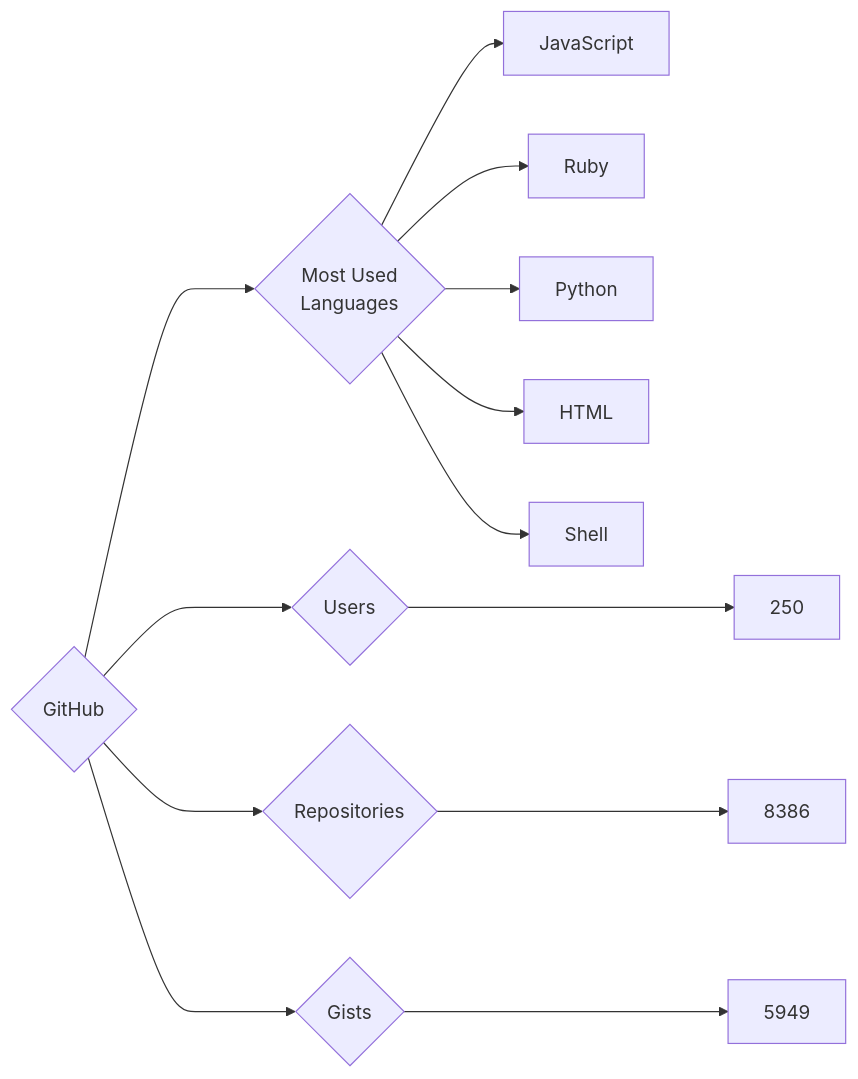
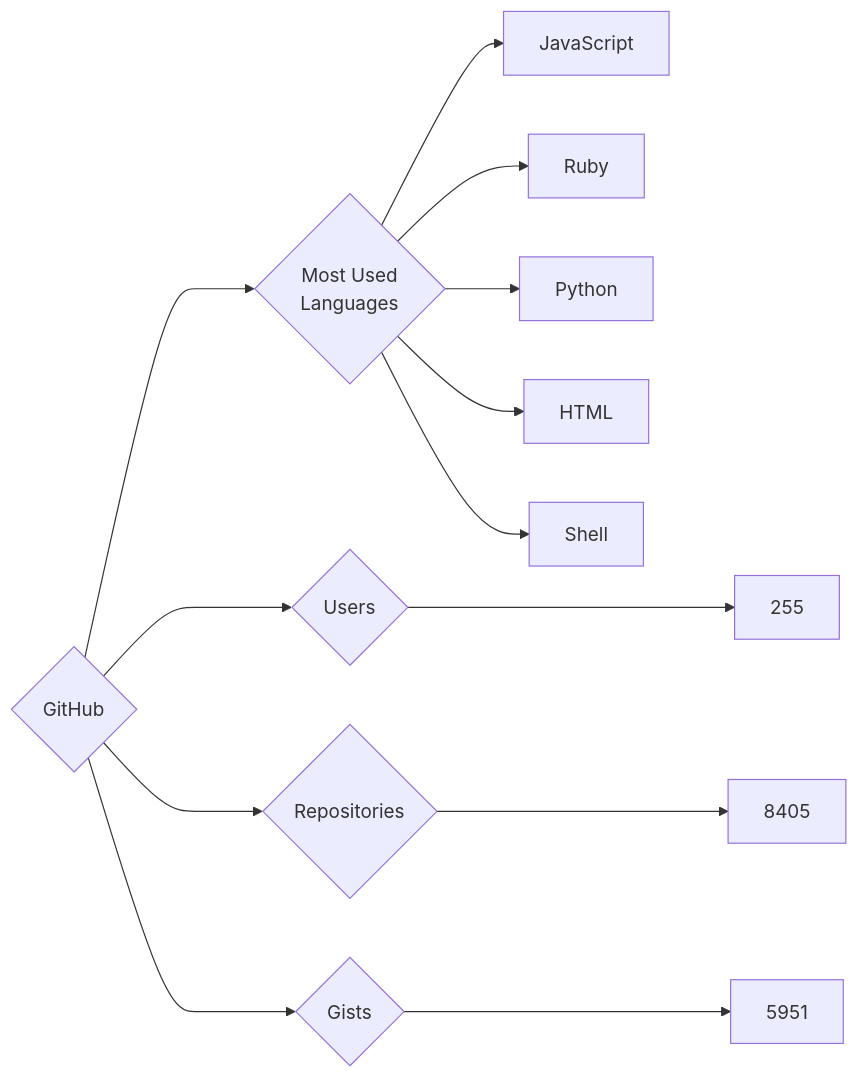
One commit to trickest/insiders changed the diagram in targets/GitHub/README.md. Above: the diagram before and after it, drawn with Mermaid. The commit also changed 720 other files, not shown here.

````diff
--- a/targets/GitHub/README.md
+++ b/targets/GitHub/README.md
@@ -3,13 +3,13 @@
 ```mermaid
 graph LR
 COMPANY_NAME{GitHub}
-COMPANY_NAME ---> U{Users} ---> UN[250]
-COMPANY_NAME ---> R{Repositories} ---> RN[8386]
-COMPANY_NAME ---> G{Gists} ---> GN[5949]
+COMPANY_NAME ---> U{Users} ---> UN[255]
+COMPANY_NAME ---> R{Repositories} ---> RN[8405]
+COMPANY_NAME ---> G{Gists} ---> GN[5951]
 COMPANY_NAME ---> ML{Most Used<br>Languages}
 ML --> JavaScript[JavaScript]
 ML --> Ruby[Ruby]
 ML --> Python[Python]
 ML --> HTML[HTML]
 ML --> Shell[Shell]
 ```
````
